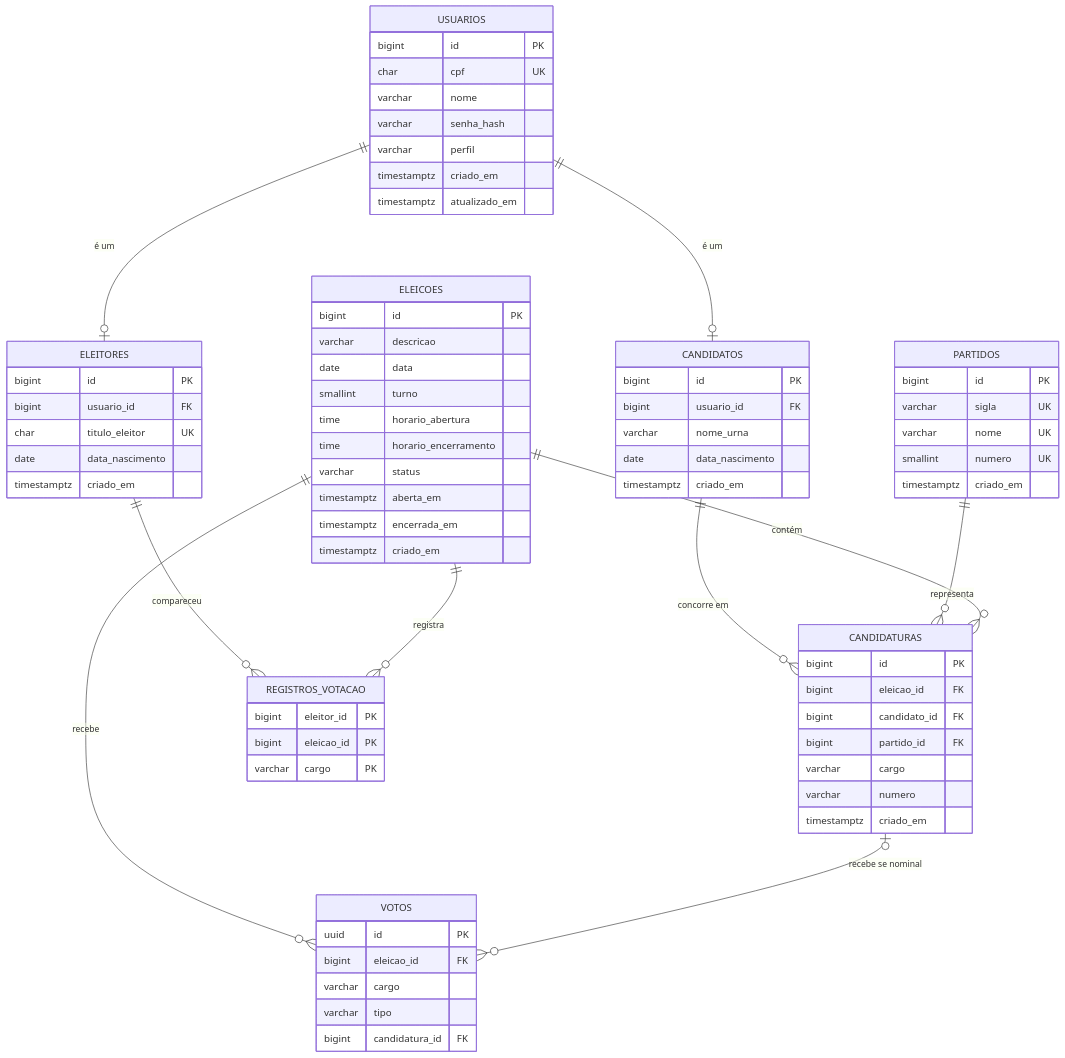
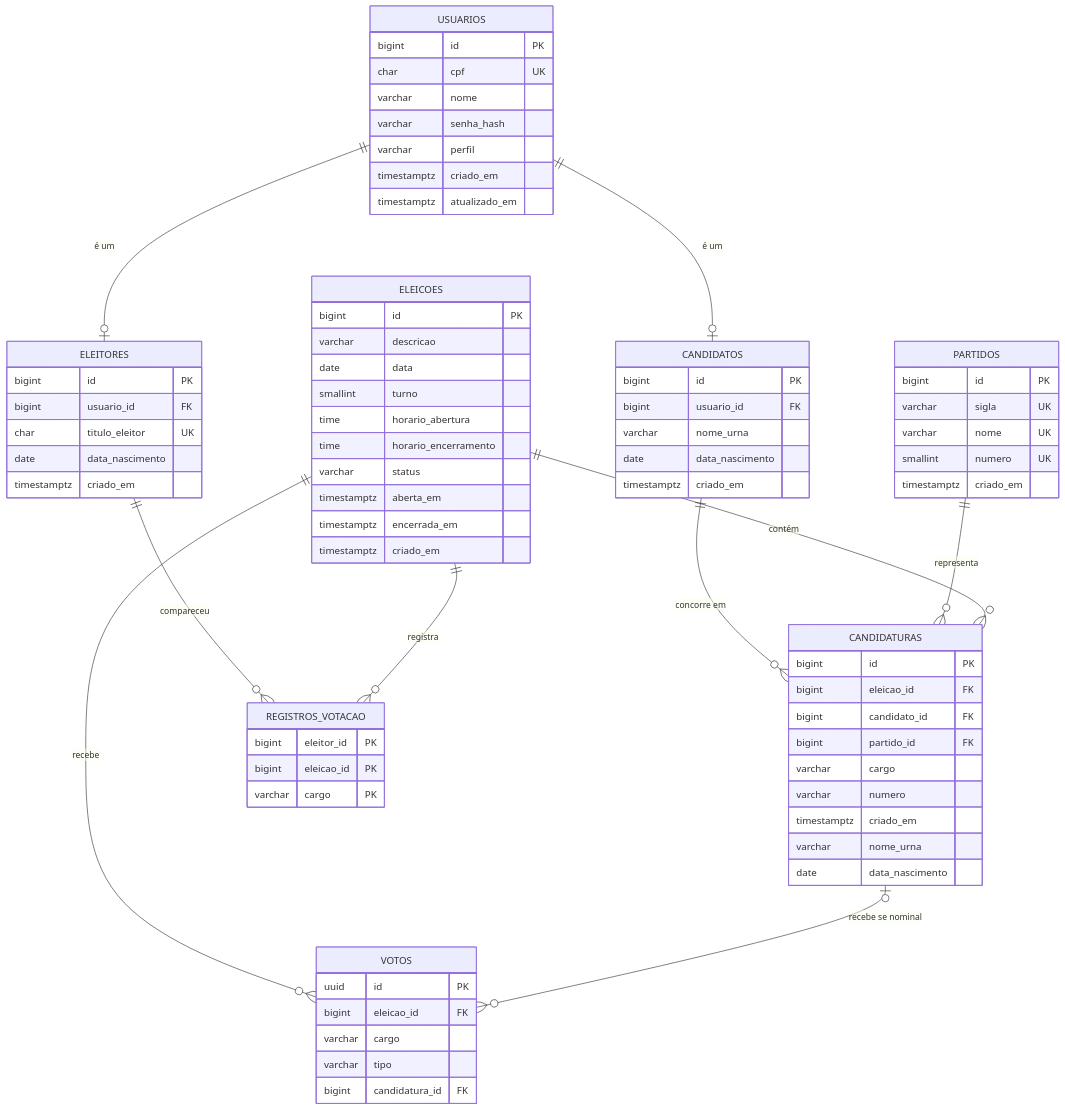
Before and after one commit to marcoslacaille/trab-es2: the diagram in docs/MODELAGEM.md, drawn with Mermaid. The commit also changed other lines of this file and 2 other files, not shown here.

````diff
--- a/docs/MODELAGEM.md
+++ b/docs/MODELAGEM.md
@@ -9,76 +9,78 @@
 ```mermaid
 erDiagram
     USUARIOS ||--o| ELEITORES : "é um"
     USUARIOS ||--o| CANDIDATOS : "é um"
     CANDIDATOS ||--o{ CANDIDATURAS : "concorre em"
     PARTIDOS ||--o{ CANDIDATURAS : "representa"
     ELEICOES ||--o{ CANDIDATURAS : "contém"
     ELEITORES ||--o{ REGISTROS_VOTACAO : "compareceu"
     ELEICOES ||--o{ REGISTROS_VOTACAO : "registra"
     ELEICOES ||--o{ VOTOS : "recebe"
     CANDIDATURAS |o--o{ VOTOS : "recebe se nominal"
 
     USUARIOS {
         bigint id PK
         char cpf UK
         varchar nome
         varchar senha_hash
         varchar perfil
         timestamptz criado_em
         timestamptz atualizado_em
     }
     ELEITORES {
         bigint id PK
         bigint usuario_id FK
         char titulo_eleitor UK
         date data_nascimento
         timestamptz criado_em
     }
     CANDIDATOS {
         bigint id PK
         bigint usuario_id FK
         varchar nome_urna
         date data_nascimento
         timestamptz criado_em
     }
     PARTIDOS {
         bigint id PK
         varchar sigla UK
         varchar nome UK
         smallint numero UK
         timestamptz criado_em
     }
     ELEICOES {
         bigint id PK
         varchar descricao
         date data
         smallint turno
         time horario_abertura
         time horario_encerramento
         varchar status
         timestamptz aberta_em
         timestamptz encerrada_em
         timestamptz criado_em
     }
     CANDIDATURAS {
         bigint id PK
         bigint eleicao_id FK
         bigint candidato_id FK
         bigint partido_id FK
         varchar cargo
         varchar numero
         timestamptz criado_em
+        varchar nome_urna
+        date data_nascimento
     }
     REGISTROS_VOTACAO {
         bigint eleitor_id PK
         bigint eleicao_id PK
         varchar cargo PK
     }
     VOTOS {
         uuid id PK
         bigint eleicao_id FK
         varchar cargo
         varchar tipo
         bigint candidatura_id FK
     }
 ```
````
